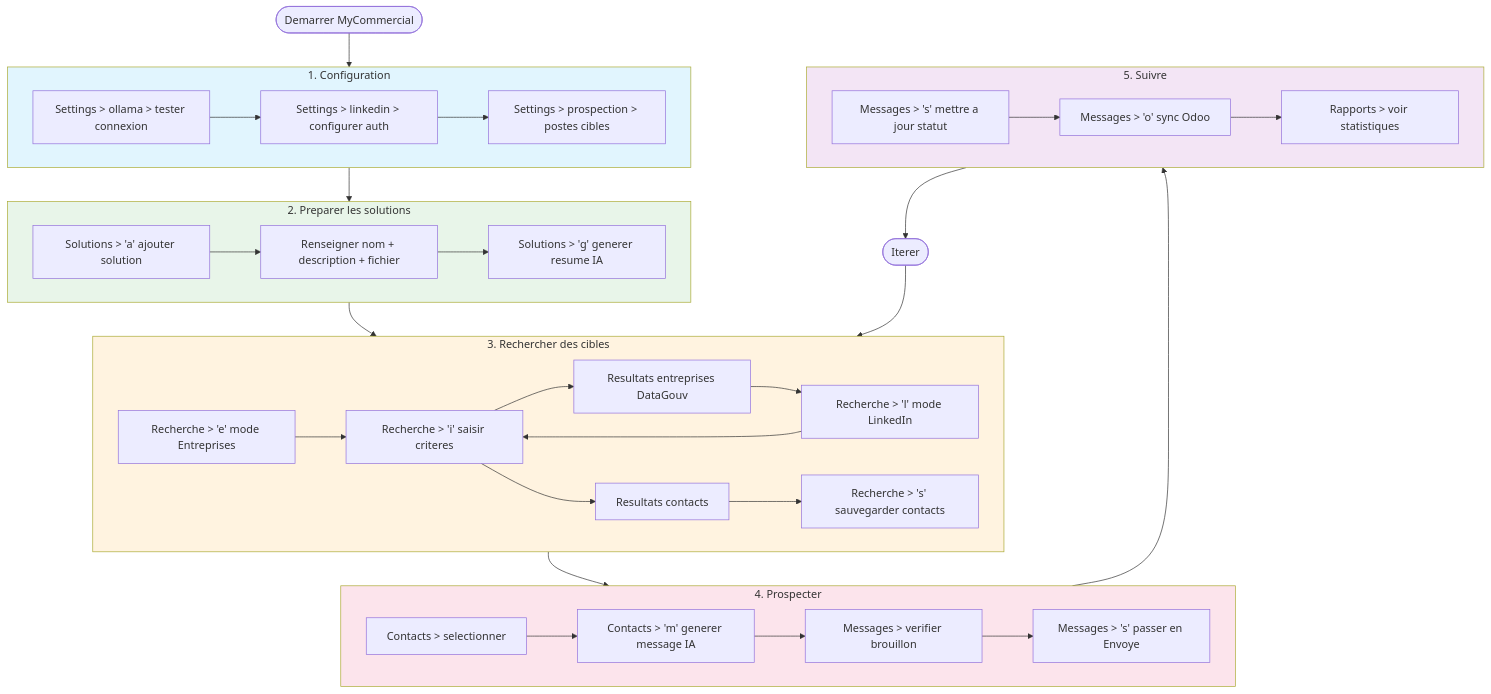
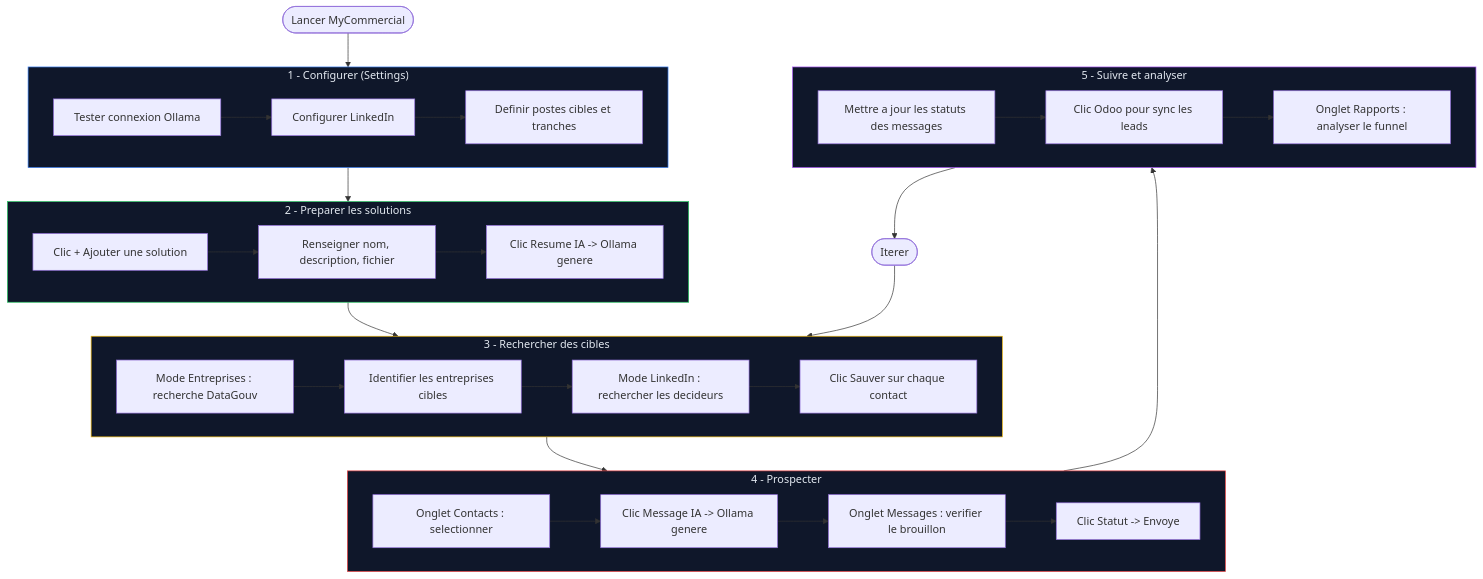
One commit to cve-solutions/MyCommercial changed the ninth of 9 diagrams in doc/UTILISATION.md. Above: the diagram before and after it, drawn with Mermaid. The commit also changed other lines of this file and 3 other files, not shown here.

````diff
--- a/doc/UTILISATION.md
+++ b/doc/UTILISATION.md
@@ -382,62 +389,58 @@
 ```mermaid
 flowchart TD
-    START([Demarrer MyCommercial]) --> CONFIG
+    START(["Lancer MyCommercial"]) --> CONFIG
 
-    subgraph CONFIG [1. Configuration]
-        C1[Settings > ollama > tester connexion]
-        C2[Settings > linkedin > configurer auth]
-        C3[Settings > prospection > postes cibles]
+    subgraph CONFIG ["1 - Configurer (Settings)"]
+        C1["Tester connexion Ollama"]
+        C2["Configurer LinkedIn"]
+        C3["Definir postes cibles et tranches"]
         C1 --> C2 --> C3
     end
 
     CONFIG --> SOLUTIONS
 
-    subgraph SOLUTIONS [2. Preparer les solutions]
-        S1[Solutions > 'a' ajouter solution]
-        S2[Renseigner nom + description + fichier]
-        S3[Solutions > 'g' generer resume IA]
+    subgraph SOLUTIONS ["2 - Preparer les solutions"]
+        S1["Clic + Ajouter une solution"]
+        S2["Renseigner nom, description, fichier"]
+        S3["Clic Resume IA -> Ollama genere"]
         S1 --> S2 --> S3
     end
 
     SOLUTIONS --> SEARCH
 
-    subgraph SEARCH [3. Rechercher des cibles]
-        R1[Recherche > 'e' mode Entreprises]
-        R2[Recherche > 'i' saisir criteres]
-        R3[Resultats entreprises DataGouv]
-        R4[Recherche > 'l' mode LinkedIn]
-        R5[Resultats contacts]
-        R6[Recherche > 's' sauvegarder contacts]
-        R1 --> R2 --> R3
-        R3 --> R4 --> R2
-        R2 --> R5 --> R6
+    subgraph SEARCH ["3 - Rechercher des cibles"]
+        R1["Mode Entreprises : recherche DataGouv"]
+        R2["Identifier les entreprises cibles"]
+        R3["Mode LinkedIn : rechercher les decideurs"]
+        R4["Clic Sauver sur chaque contact"]
+        R1 --> R2 --> R3 --> R4
     end
 
     SEARCH --> PROSPECT
 
-    subgraph PROSPECT [4. Prospecter]
-        P1[Contacts > selectionner]
-        P2[Contacts > 'm' generer message IA]
-        P3[Messages > verifier brouillon]
-        P4[Messages > 's' passer en Envoye]
+    subgraph PROSPECT ["4 - Prospecter"]
+        P1["Onglet Contacts : selectionner"]
+        P2["Clic Message IA -> Ollama genere"]
+        P3["Onglet Messages : verifier le brouillon"]
+        P4["Clic Statut -> Envoye"]
         P1 --> P2 --> P3 --> P4
     end
 
     PROSPECT --> FOLLOW
 
-    subgraph FOLLOW [5. Suivre]
-        F1[Messages > 's' mettre a jour statut]
-        F2[Messages > 'o' sync Odoo]
-        F3[Rapports > voir statistiques]
+    subgraph FOLLOW ["5 - Suivre et analyser"]
+        F1["Mettre a jour les statuts des messages"]
+        F2["Clic Odoo pour sync les leads"]
+        F3["Onglet Rapports : analyser le funnel"]
         F1 --> F2 --> F3
     end
 
-    FOLLOW --> ITERATE([Iterer])
+    FOLLOW --> ITERATE(["Iterer"])
     ITERATE --> SEARCH
 
-    style CONFIG fill:#e1f5fe
-    style SOLUTIONS fill:#e8f5e9
-    style SEARCH fill:#fff3e0
-    style PROSPECT fill:#fce4ec
-    style FOLLOW fill:#f3e5f5
+    style CONFIG fill:#0f172a,stroke:#3b82f6,color:#e2e8f0
+    style SOLUTIONS fill:#0f172a,stroke:#22c55e,color:#e2e8f0
+    style SEARCH fill:#0f172a,stroke:#eab308,color:#e2e8f0
+    style PROSPECT fill:#0f172a,stroke:#ef4444,color:#e2e8f0
+    style FOLLOW fill:#0f172a,stroke:#a855f7,color:#e2e8f0
 ```
````
